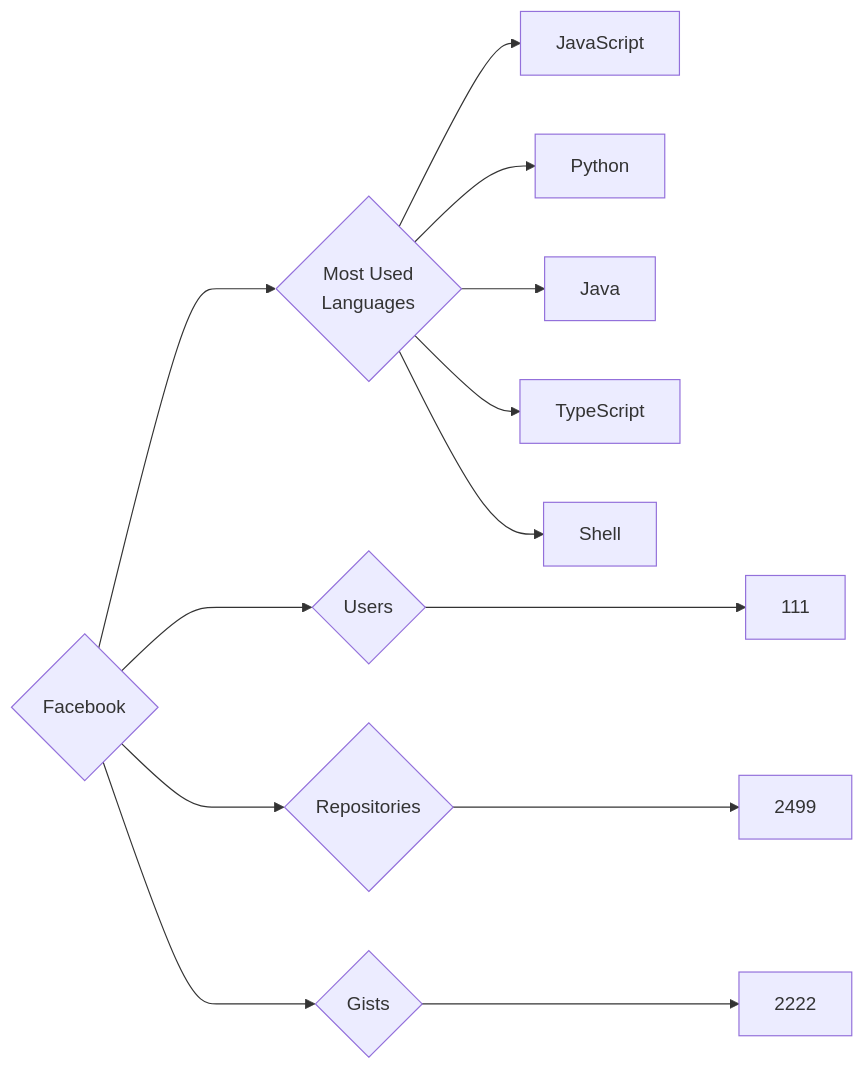
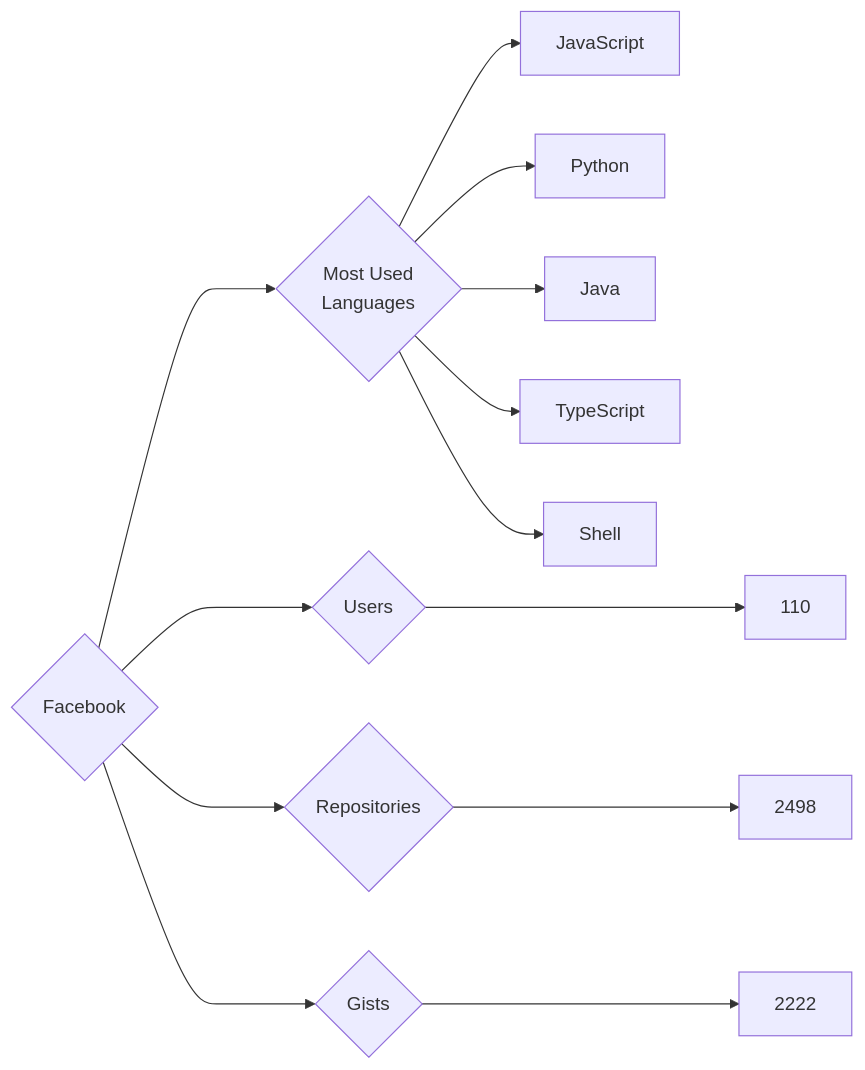
The diagram in targets/Facebook/README.md (trickest/insiders), drawn with Mermaid before and after one commit. The commit also changed 640 other files, not shown here.

````diff
--- a/targets/Facebook/README.md
+++ b/targets/Facebook/README.md
@@ -3,13 +3,13 @@
 ```mermaid
 graph LR
 COMPANY_NAME{Facebook}
-COMPANY_NAME ---> U{Users} ---> UN[111]
-COMPANY_NAME ---> R{Repositories} ---> RN[2499]
+COMPANY_NAME ---> U{Users} ---> UN[110]
+COMPANY_NAME ---> R{Repositories} ---> RN[2498]
 COMPANY_NAME ---> G{Gists} ---> GN[2222]
 COMPANY_NAME ---> ML{Most Used<br>Languages}
 ML --> JavaScript[JavaScript]
 ML --> Python[Python]
 ML --> Java[Java]
 ML --> TypeScript[TypeScript]
 ML --> Shell[Shell]
 ```
````
